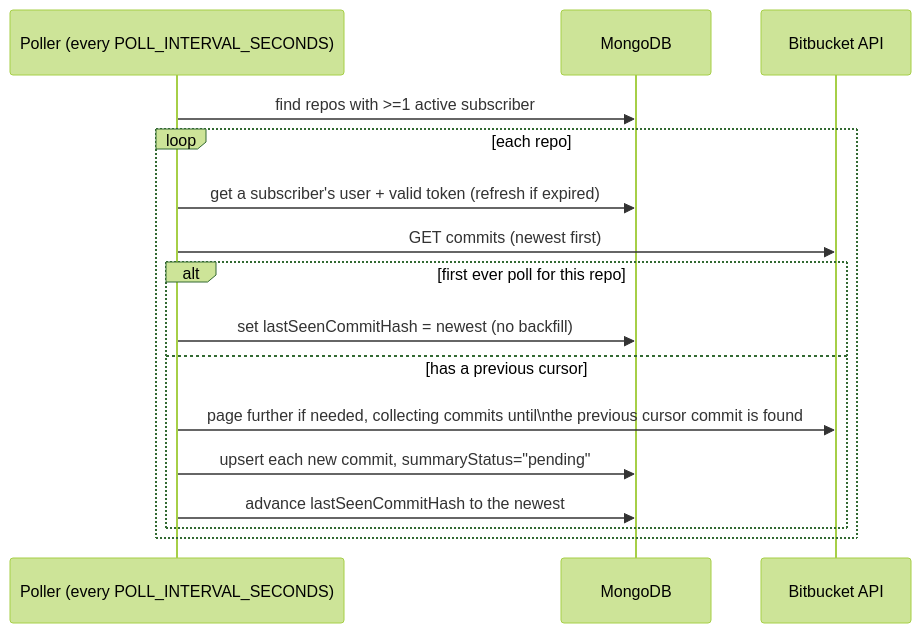
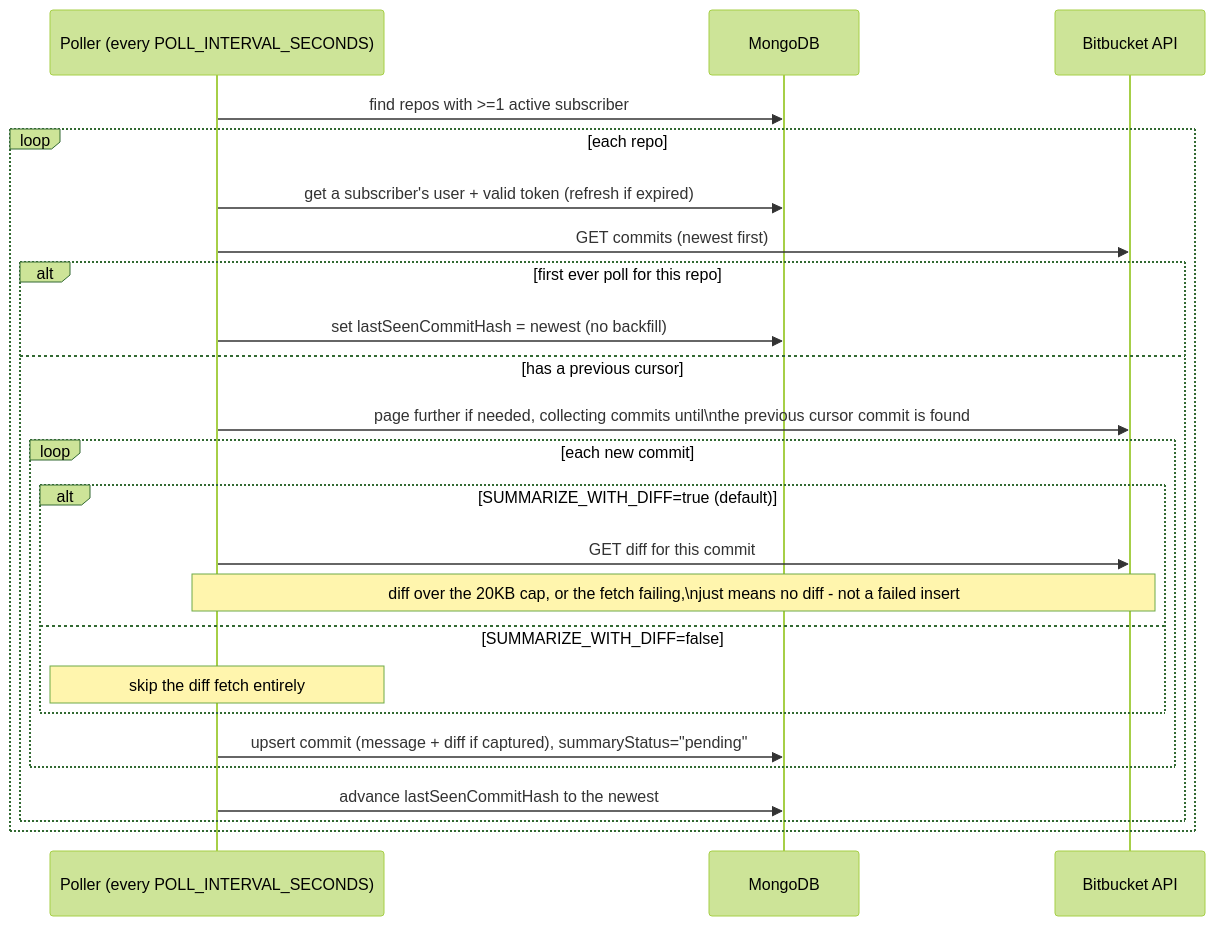
Before and after one commit to AparnaSingh09/commit-notification-app: the fourth of 7 diagrams in README.md, drawn with Mermaid (forest theme). The commit also changed other lines of this file and 18 other files, not shown here.

Commit message:
Add integration of qwen instead of anthropic api to get summary of commits

````diff
--- a/README.md
+++ b/README.md
@@ -155,19 +170,27 @@
 ```mermaid
 sequenceDiagram
     participant W as Poller (every POLL_INTERVAL_SECONDS)
     participant DB as MongoDB
     participant BB as Bitbucket API
 
     W->>DB: find repos with >=1 active subscriber
     loop each repo
         W->>DB: get a subscriber's user + valid token (refresh if expired)
         W->>BB: GET commits (newest first)
         alt first ever poll for this repo
             W->>DB: set lastSeenCommitHash = newest (no backfill)
         else has a previous cursor
             W->>BB: page further if needed, collecting commits until\nthe previous cursor commit is found
-            W->>DB: upsert each new commit, summaryStatus="pending"
+            loop each new commit
+                alt SUMMARIZE_WITH_DIFF=true (default)
+                    W->>BB: GET diff for this commit
+                    Note over W,BB: diff over the 20KB cap, or the fetch failing,\njust means no diff - not a failed insert
+                else SUMMARIZE_WITH_DIFF=false
+                    Note over W: skip the diff fetch entirely
+                end
+                W->>DB: upsert commit (message + diff if captured), summaryStatus="pending"
+            end
             W->>DB: advance lastSeenCommitHash to the newest
         end
     end
 ```
````
